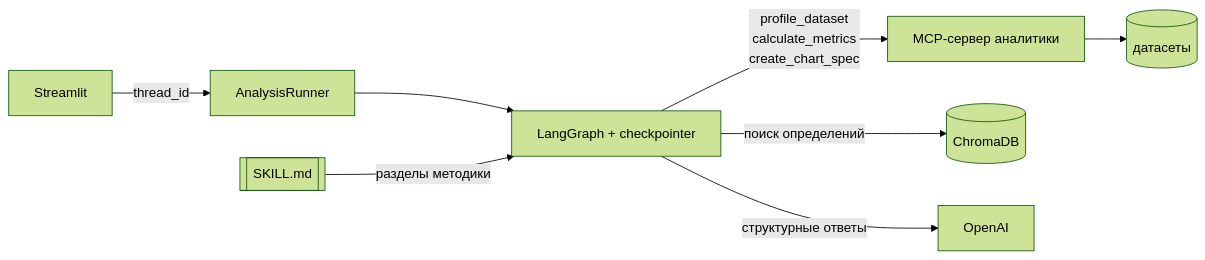
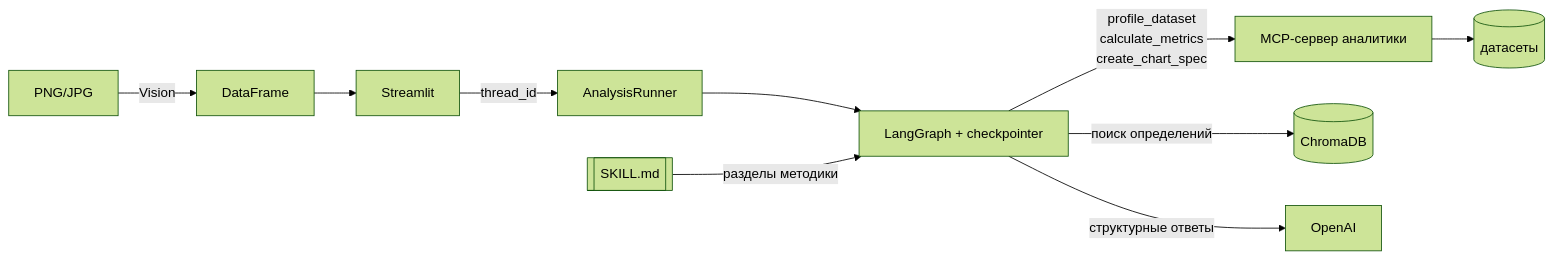
One commit to Adilbek-S/datastory-ai changed the first of 3 diagrams in ARCHITECTURE.md. Above: the diagram before and after it, drawn with Mermaid (forest theme). The commit also changed other lines of this file and 32 other files, not shown here.

First line of the commit message:
Add Vision table recognition for PNG/JPG and dashboard AI chat

````diff
--- a/ARCHITECTURE.md
+++ b/ARCHITECTURE.md
@@ -20,10 +22,12 @@
 ```mermaid
 flowchart LR
+    IMG[PNG/JPG] -->|Vision| DF[DataFrame]
+    DF --> UI
     UI[Streamlit] -->|thread_id| R[AnalysisRunner]
     R --> G[LangGraph + checkpointer]
     G -->|profile_dataset<br/>calculate_metrics<br/>create_chart_spec| MCP[MCP-сервер аналитики]
     G -->|поиск определений| RAG[(ChromaDB)]
     G -->|структурные ответы| LLM[OpenAI]
     SK[[SKILL.md]] -->|разделы методики| G
     MCP --> DS[(датасеты)]
 ```
````
